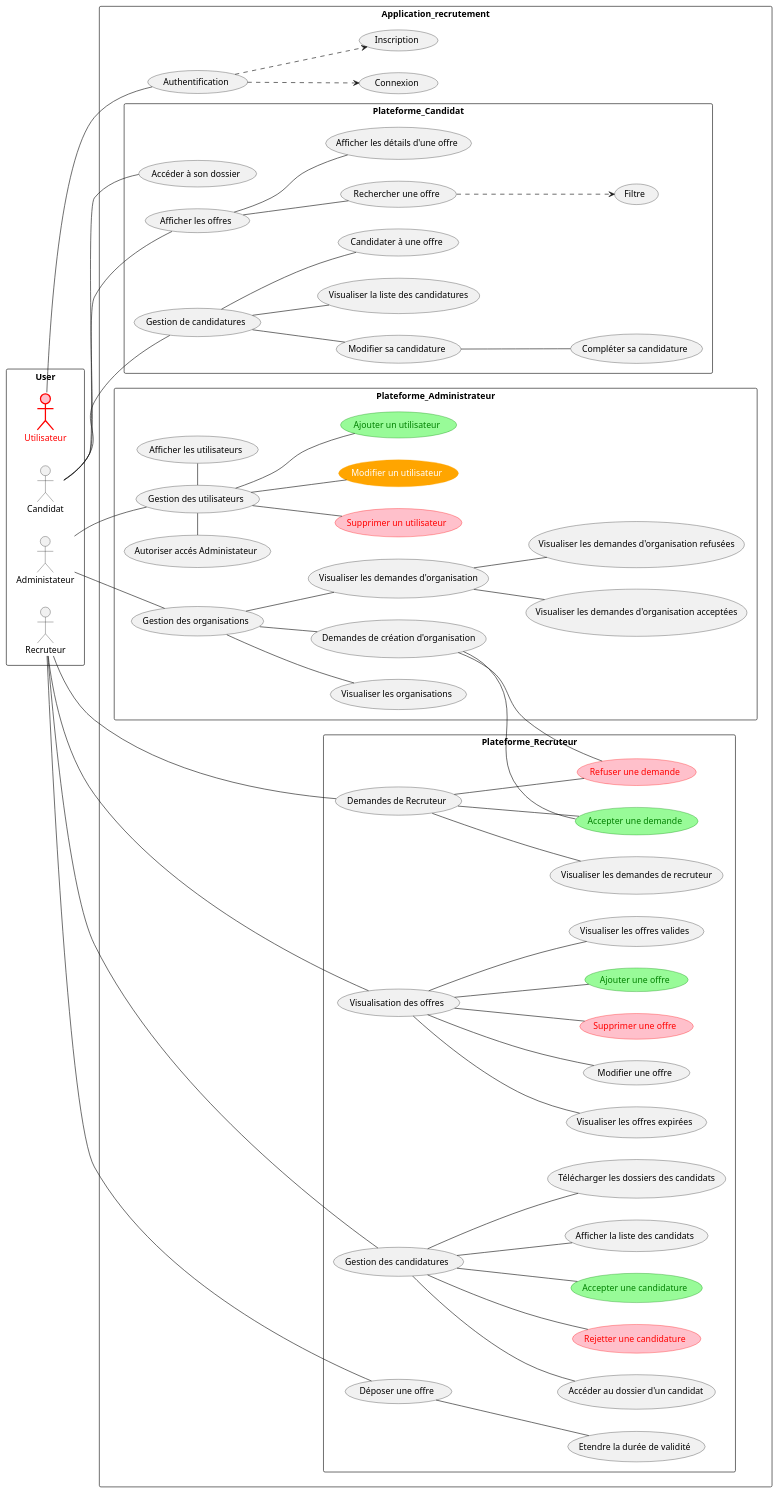
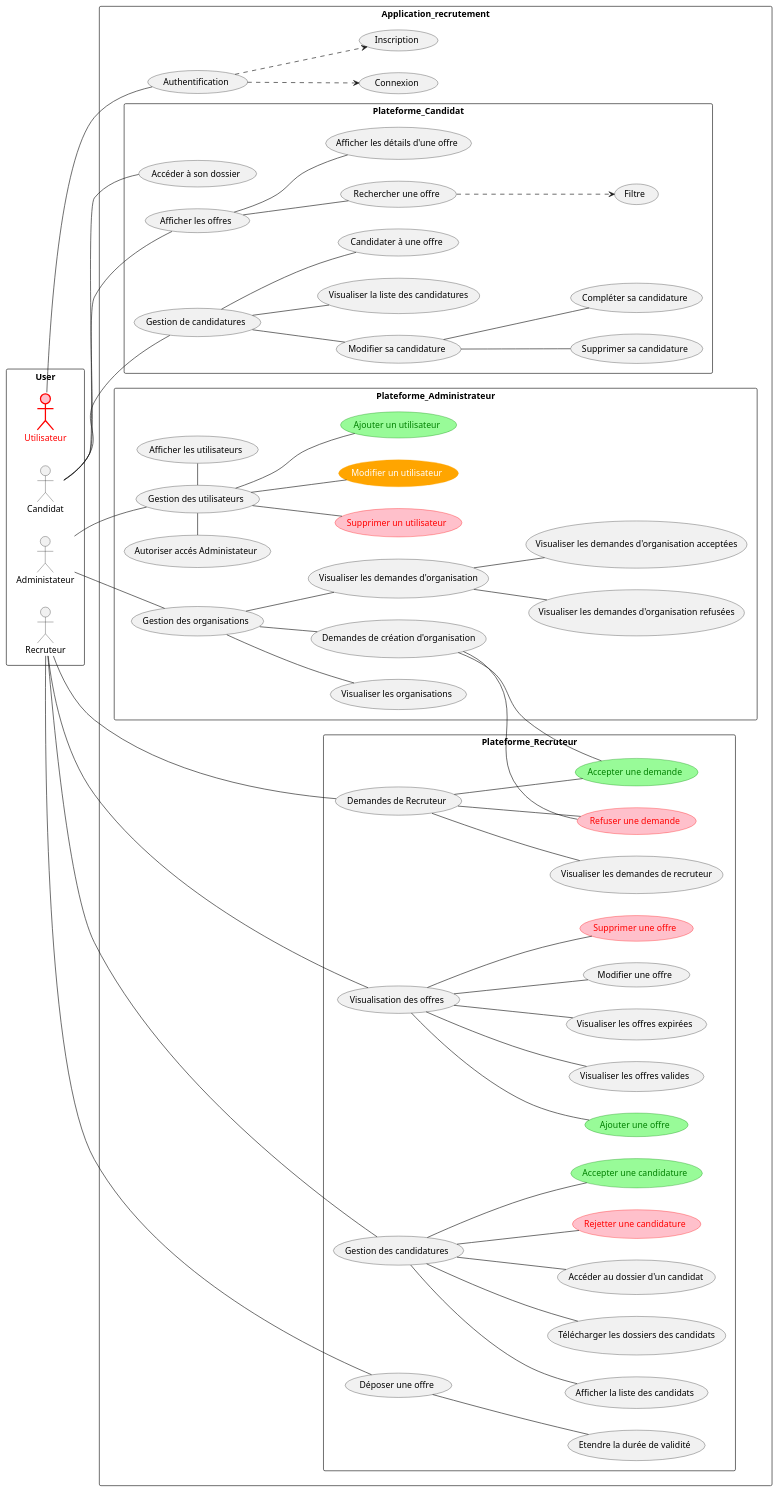
Before and after one commit to sacha-sz/UTC-SR10: the diagram in Usecase.pu, drawn with PlantUML. The commit also changed 2 other files, not shown here.

```diff
--- a/Usecase.pu
+++ b/Usecase.pu
@@ -1,94 +1,95 @@
 @startuml Usecase
 
 left to right direction
 rectangle User {
     actor Candidat
     actor Recruteur
     actor Administateur
 
     actor Utilisateur #pink;line:red;line.bold;text:red
 }
 
 rectangle Application_recrutement {
     Utilisateur -- (Authentification)
     (Authentification) ..> (Connexion)
     (Authentification) ..> (Inscription)
 
 
     rectangle  Plateforme_Recruteur {
         
         Recruteur -- (Visualisation des offres)
         (Visualisation des offres) -- (Visualiser les offres valides)
         (Visualisation des offres) -- (Visualiser les offres expirées)
         (Visualisation des offres) -- (Modifier une offre)
         (Visualisation des offres) -- (Supprimer une offre)
         (Visualisation des offres) -- (Ajouter une offre)
         (Ajouter une offre) #PaleGreen;line:green;text:green
         (Supprimer une offre) #pink;line:red;text:red
 
         Recruteur -- (Gestion des candidatures)
         (Gestion des candidatures) -- (Rejetter une candidature)
         (Rejetter une candidature) #pink;line:red;text:red
         (Gestion des candidatures) -- (Accepter une candidature)
         (Accepter une candidature) #PaleGreen;line:green;text:green
         (Gestion des candidatures) -- (Afficher la liste des candidats)
         (Gestion des candidatures) -- (Télécharger les dossiers des candidats)
         (Gestion des candidatures) -- (Accéder au dossier d'un candidat)
 
         Recruteur -- (Demandes de Recruteur)
         (Demandes de Recruteur) -- (Visualiser les demandes de recruteur)
         (Demandes de Recruteur) -- (Accepter une demande)
         (Demandes de Recruteur) -- (Refuser une demande)
         (Refuser une demande) #pink;line:red;text:red
         (Accepter une demande) #PaleGreen;line:green;text:green
 
         
         Recruteur -- (Déposer une offre)
         (Déposer une offre) -- (Etendre la durée de validité)
 
     }
 
     rectangle  Plateforme_Candidat {
         Candidat -- (Accéder à son dossier)
 
         Candidat -- (Afficher les offres)
         (Afficher les offres) -- (Afficher les détails d'une offre)
         (Afficher les offres) -- (Rechercher une offre) 
         (Rechercher une offre) ..> (Filtre)
 
         Candidat -- (Gestion de candidatures)
 
         (Gestion de candidatures) -- (Candidater à une offre)
         (Gestion de candidatures) -- (Modifier sa candidature)
         (Gestion de candidatures) -- (Visualiser la liste des candidatures)
 
         (Modifier sa candidature) -- (Compléter sa candidature)
+        (Modifier sa candidature) -- (Supprimer sa candidature)
     }
 
     rectangle Plateforme_Administrateur {
         Administateur -- (Gestion des utilisateurs)
         (Gestion des utilisateurs) - (Afficher les utilisateurs)
         (Autoriser accés Administateur) - (Gestion des utilisateurs)
         (Gestion des utilisateurs) -- (Supprimer un utilisateur)
         (Gestion des utilisateurs) -- (Modifier un utilisateur)
         (Gestion des utilisateurs) -- (Ajouter un utilisateur) 
         (Ajouter un utilisateur) #PaleGreen;line:green;text:green
         (Supprimer un utilisateur) #pink;line:red;text:red
         (Modifier un utilisateur) #Orange;line:orange;text:White
 
 
         Administateur -- (Gestion des organisations)
         (Gestion des organisations) -- (Visualiser les organisations)
         (Gestion des organisations) -- (Visualiser les demandes d'organisation)
         (Visualiser les demandes d'organisation) -- (Visualiser les demandes d'organisation acceptées)
         (Visualiser les demandes d'organisation) -- (Visualiser les demandes d'organisation refusées)
 
         (Gestion des organisations) -- (Demandes de création d'organisation)
         (Demandes de création d'organisation) -- (Accepter une demande)
         (Demandes de création d'organisation) -- (Refuser une demande)
         (Accepter une demande) #PaleGreen;line:green;text:green
         (Refuser une demande) #pink;line:red;text:red
     }
 }
 
 @enduml
```
